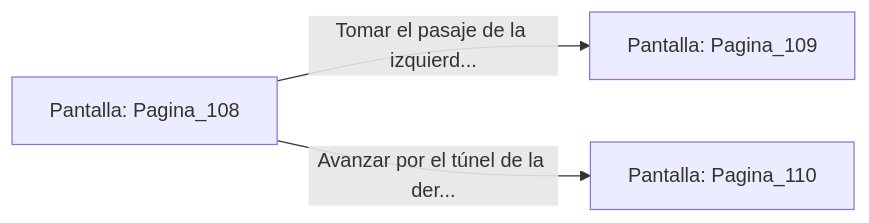
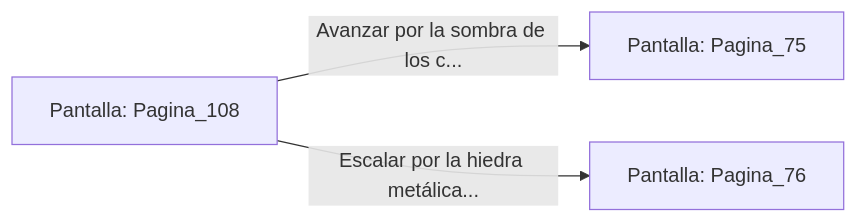
The diagram in sample/eligejuego-vault/Pantalla_Pagina_108.md (metsuke/mpl), drawn with Mermaid before and after one commit. The commit also changed other lines of this file and 635 other files, not shown here.

First line of the commit message:
fix: añadir Pagina_1 como pantalla inicial en capitulo_01.mpl

````diff
--- a/sample/eligejuego-vault/Pantalla_Pagina_108.md
+++ b/sample/eligejuego-vault/Pantalla_Pagina_108.md
@@ -20,6 +22,6 @@
 ```mermaid
 graph LR
     P_Pagina_108["Pantalla: Pagina_108"]
-    P_Pagina_108 -->|"Tomar el pasaje de la izquierd..."| P_Pagina_109["Pantalla: Pagina_109"]
-    P_Pagina_108 -->|"Avanzar por el túnel de la der..."| P_Pagina_110["Pantalla: Pagina_110"]
+    P_Pagina_108 -->|"Avanzar por la sombra de los c..."| P_Pagina_75["Pantalla: Pagina_75"]
+    P_Pagina_108 -->|"Escalar por la hiedra metálica..."| P_Pagina_76["Pantalla: Pagina_76"]
 ```
````
